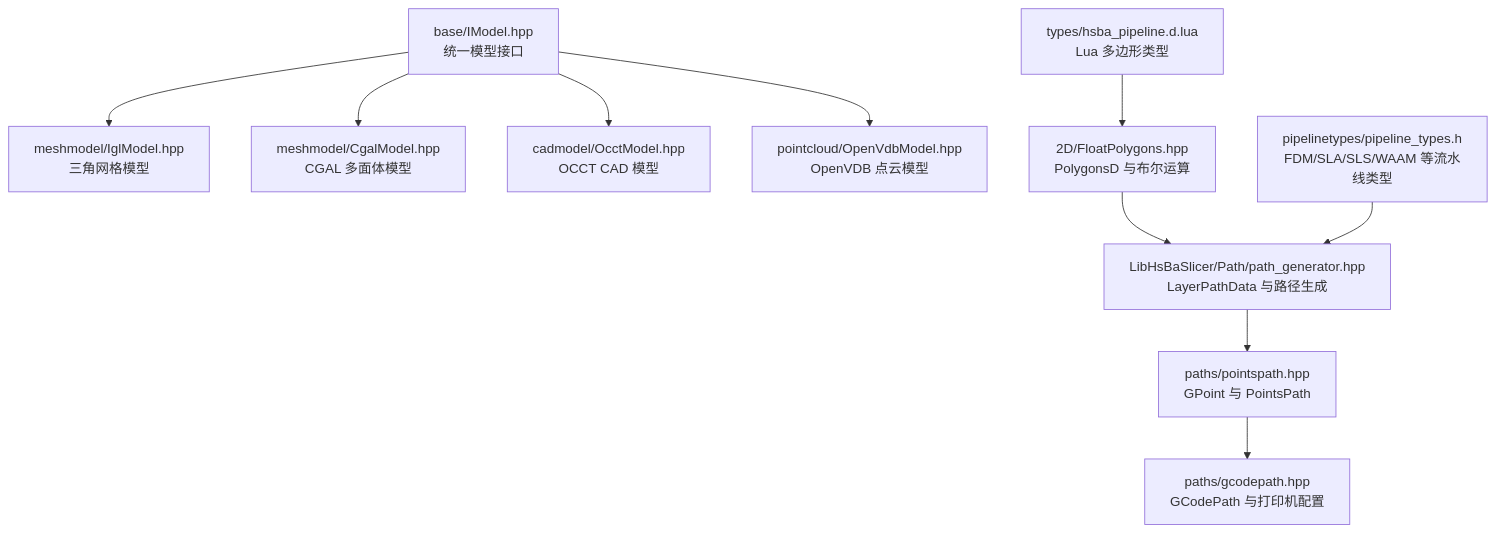
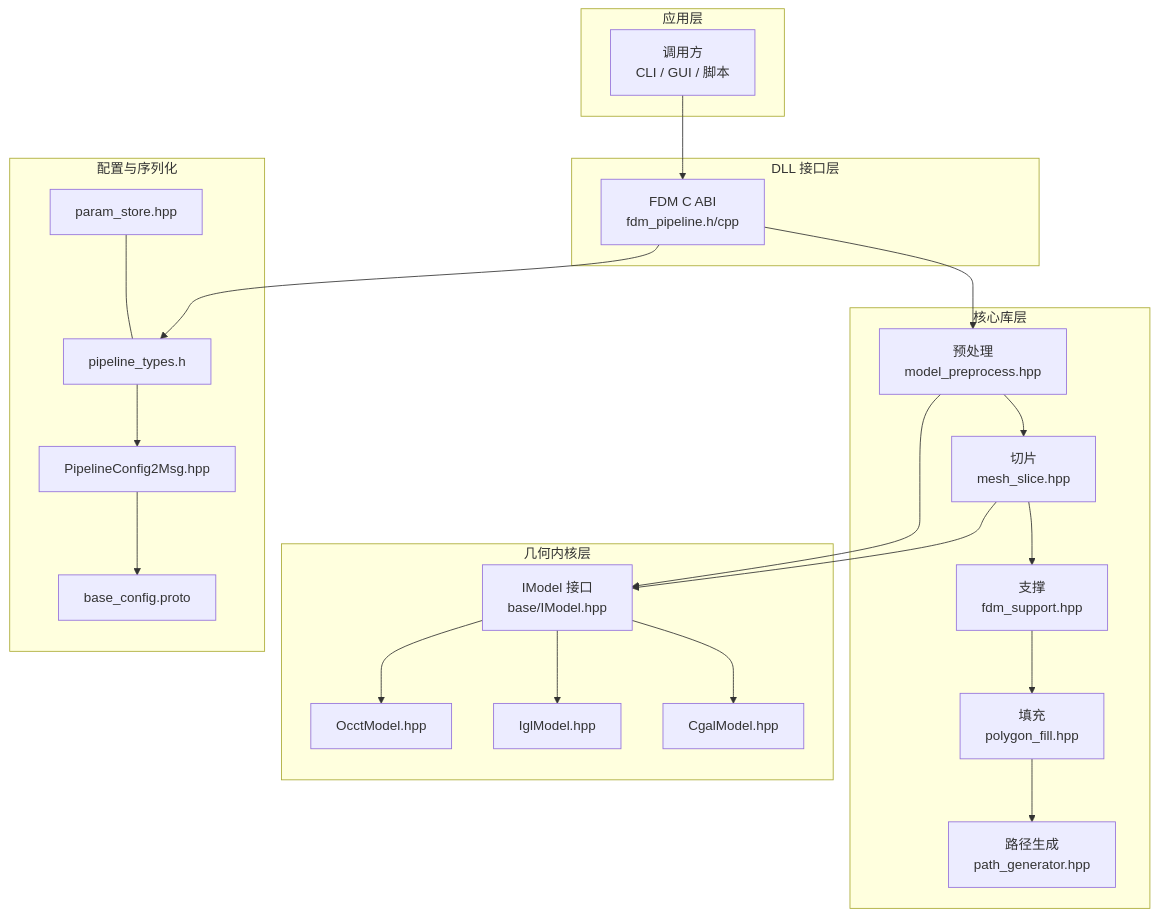
One commit to hsmbanlance/HsBaSlicer changed the first of 7 diagrams in .qoder/repowiki/zh/content/核心概念/核心概念.md. Above: the diagram before and after it, drawn with Mermaid. The commit also changed other lines of this file and 1095 other files, not shown here.

````diff
--- a/.qoder/repowiki/zh/content/核心概念/核心概念.md
+++ b/.qoder/repowiki/zh/content/核心概念/核心概念.md
@@ -53,12 +48,38 @@
 ```mermaid
 graph TB
-A["base/IModel.hpp<br/>统一模型接口"] --> B["meshmodel/IglModel.hpp<br/>三角网格模型"]
-A --> C["meshmodel/CgalModel.hpp<br/>CGAL 多面体模型"]
-A --> D["cadmodel/OcctModel.hpp<br/>OCCT CAD 模型"]
-A --> E["pointcloud/OpenVdbModel.hpp<br/>OpenVDB 点云模型"]
-F["2D/FloatPolygons.hpp<br/>PolygonsD 与布尔运算"] --> G["LibHsBaSlicer/Path/path_generator.hpp<br/>LayerPathData 与路径生成"]
-G --> H["paths/pointspath.hpp<br/>GPoint 与 PointsPath"]
-H --> I["paths/gcodepath.hpp<br/>GCodePath 与打印机配置"]
-J["pipelinetypes/pipeline_types.h<br/>FDM/SLA/SLS/WAAM 等流水线类型"] --> G
-K["types/hsba_pipeline.d.lua<br/>Lua 多边形类型"] --> F
+subgraph "应用层"
+App["调用方<br/>CLI / GUI / 脚本"]
+end
+subgraph "DLL 接口层"
+FDM_API["FDM C ABI<br/>fdm_pipeline.h/cpp"]
+end
+subgraph "核心库层"
+Pre["预处理<br/>model_preprocess.hpp"]
+Slice["切片<br/>mesh_slice.hpp"]
+Supp["支撑<br/>fdm_support.hpp"]
+Fill["填充<br/>polygon_fill.hpp"]
+Path["路径生成<br/>path_generator.hpp"]
+end
+subgraph "几何内核层"
+IModel["IModel 接口<br/>base/IModel.hpp"]
+CGAL["CgalModel.hpp"]
+IGL["IglModel.hpp"]
+OCC["OcctModel.hpp"]
+end
+subgraph "配置与序列化"
+Types["pipeline_types.h"]
+Proto["base_config.proto"]
+Convert["PipelineConfig2Msg.hpp"]
+Store["param_store.hpp"]
+end
+App --> FDM_API
+FDM_API --> Pre --> Slice --> Supp --> Fill --> Path
+Pre --> IModel
+Slice --> IModel
+IModel --> CGAL
+IModel --> IGL
+IModel --> OCC
+FDM_API --> Types
+Types --> Convert --> Proto
+Store --- Types
 ```
````
